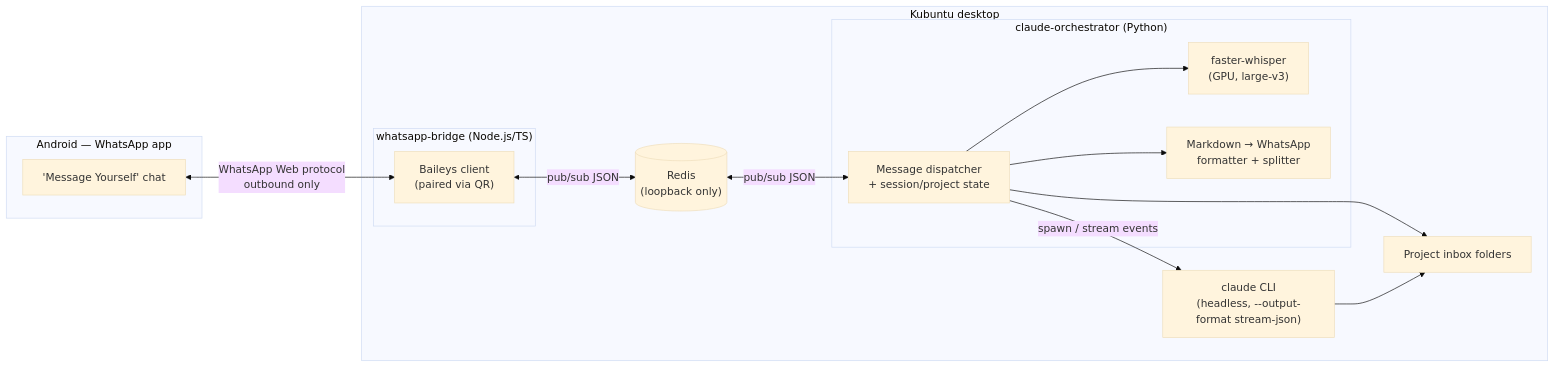
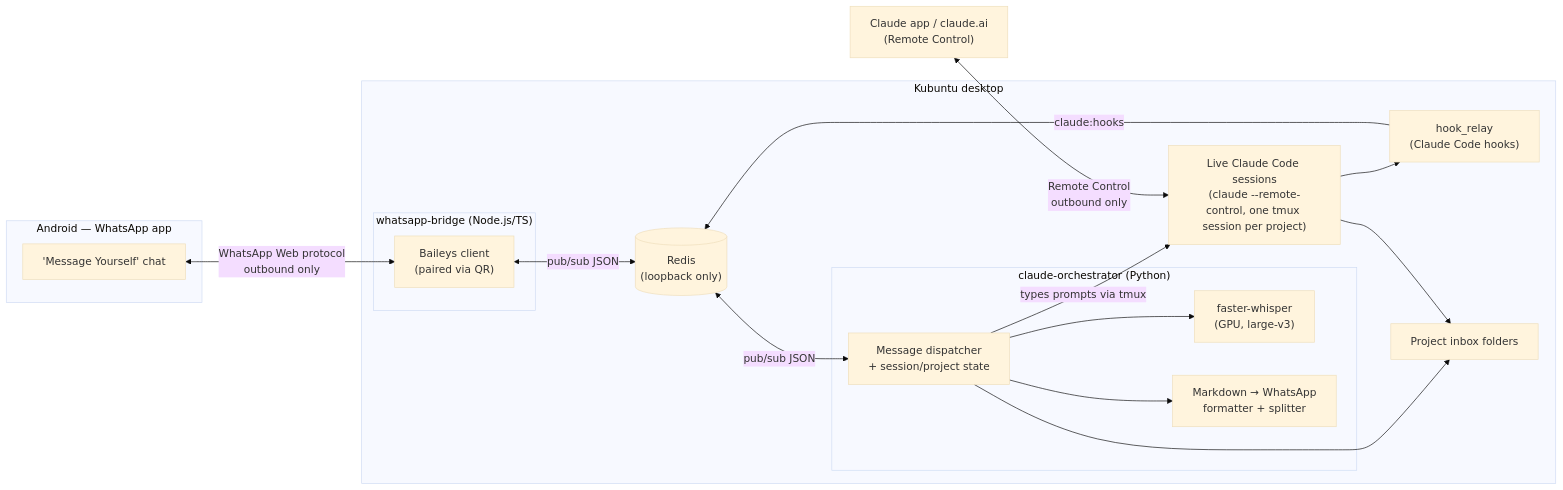
The diagram in SPEC.md (chaufon/wasap_control_claude), drawn with Mermaid (base theme) before and after one commit. The commit also changed other lines of this file and 23 other files, not shown here.

First line of the commit message:
feat: share one live Claude Code session per project across WhatsApp, the app and the computer

````diff
--- a/SPEC.md
+++ b/SPEC.md
@@ -26,32 +26,38 @@
 ```mermaid
 flowchart LR
     subgraph Phone["Android — WhatsApp app"]
         Self["'Message Yourself' chat"]
     end
 
     subgraph Machine["Kubuntu desktop"]
         subgraph Bridge["whatsapp-bridge (Node.js/TS)"]
             Baileys["Baileys client\n(paired via QR)"]
         end
 
         Redis[("Redis\n(loopback only)")]
 
         subgraph Orchestrator["claude-orchestrator (Python)"]
             Dispatcher["Message dispatcher\n+ session/project state"]
             STT["faster-whisper\n(GPU, large-v3)"]
             MDConv["Markdown → WhatsApp\nformatter + splitter"]
         end
 
-        CC["claude CLI\n(headless, --output-format stream-json)"]
+        CC["Live Claude Code sessions\n(claude --remote-control, one tmux session per project)"]
+        Relay["hook_relay\n(Claude Code hooks)"]
         Inbox["Project inbox folders"]
     end
+
+    App["Claude app / claude.ai\n(Remote Control)"]
 
     Self <-->|WhatsApp Web protocol\noutbound only| Baileys
     Baileys <-->|pub/sub JSON| Redis
     Redis <-->|pub/sub JSON| Dispatcher
     Dispatcher --> STT
     Dispatcher --> MDConv
-    Dispatcher -->|spawn / stream events| CC
+    Dispatcher -->|types prompts via tmux| CC
+    CC --> Relay
+    Relay -->|claude:hooks| Redis
     Dispatcher --> Inbox
     CC --> Inbox
+    App <-->|Remote Control\noutbound only| CC
 ```
````
